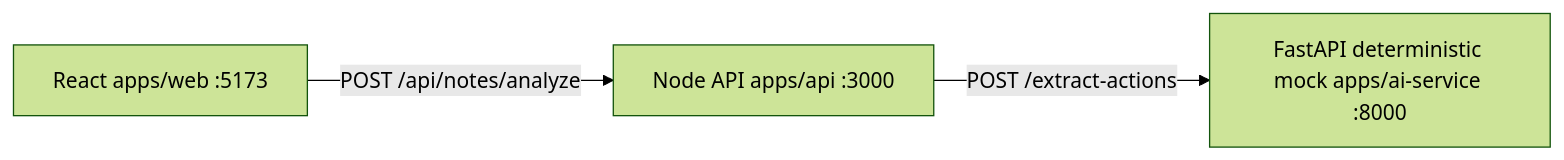
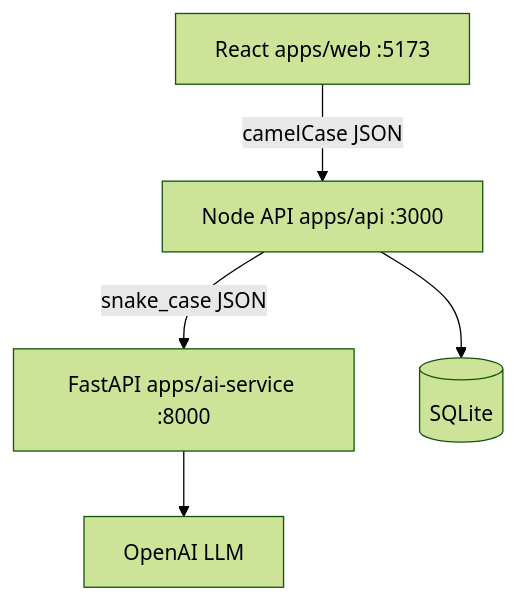
Before and after one commit to kerenschoss369/clinical-follow-up-detector: the first of 4 diagrams in docs/architecture.md, drawn with Mermaid (forest theme). The commit also changed other lines of this file and 7 other files, not shown here.

````diff
--- a/docs/architecture.md
+++ b/docs/architecture.md
@@ -13,8 +11,12 @@
 ```mermaid
-flowchart LR
+flowchart TB
   reactWeb["React apps/web :5173"]
   nodeApi["Node API apps/api :3000"]
-  fastApiMock["FastAPI deterministic mock apps/ai-service :8000"]
-  reactWeb -->|"POST /api/notes/analyze"| nodeApi
-  nodeApi -->|"POST /extract-actions"| fastApiMock
+  fastApi["FastAPI apps/ai-service :8000"]
+  openai["OpenAI LLM"]
+  sqlite[(SQLite)]
+  reactWeb -->|"camelCase JSON"| nodeApi
+  nodeApi -->|"snake_case JSON"| fastApi
+  fastApi --> openai
+  nodeApi --> sqlite
 ```
````
